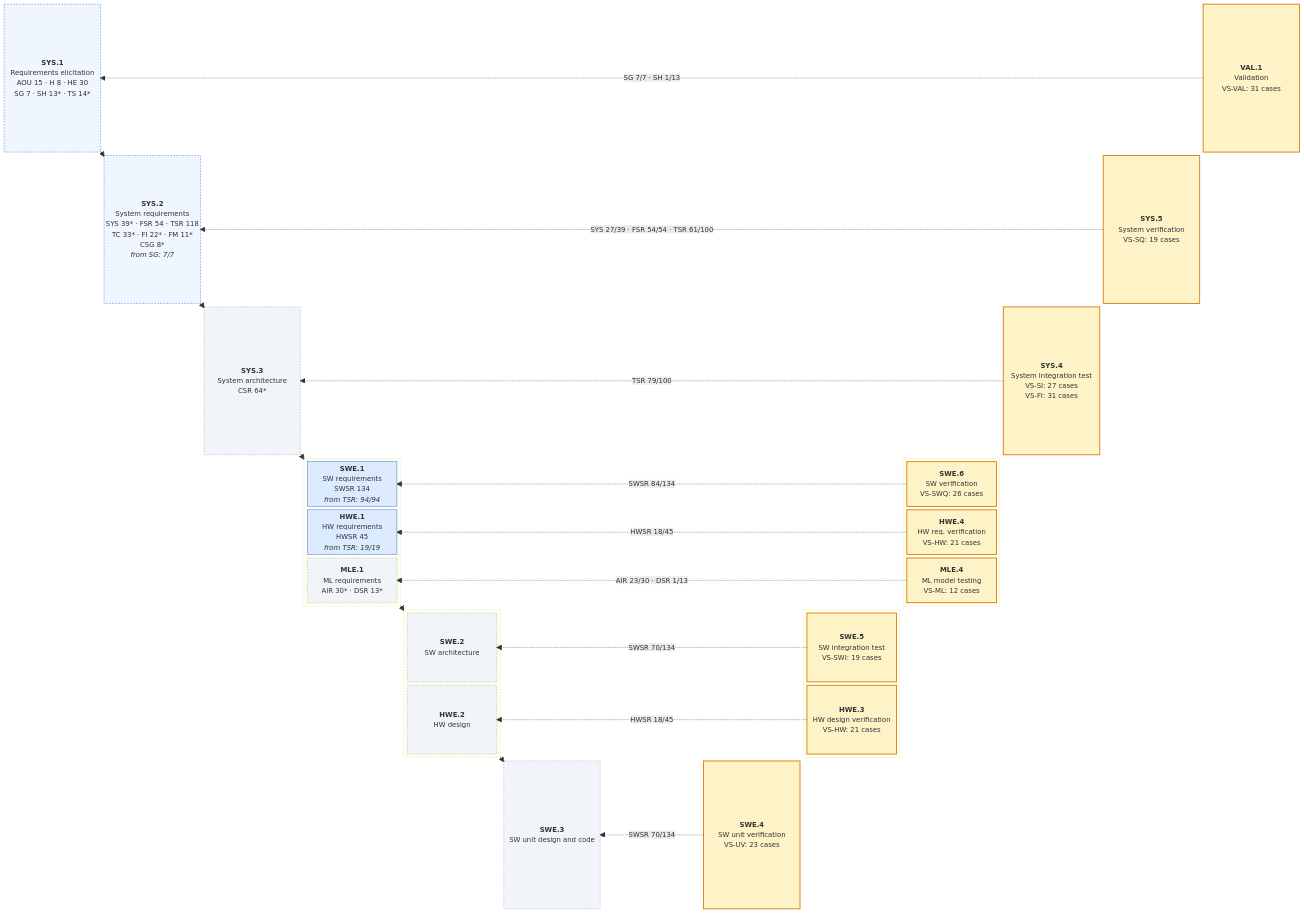
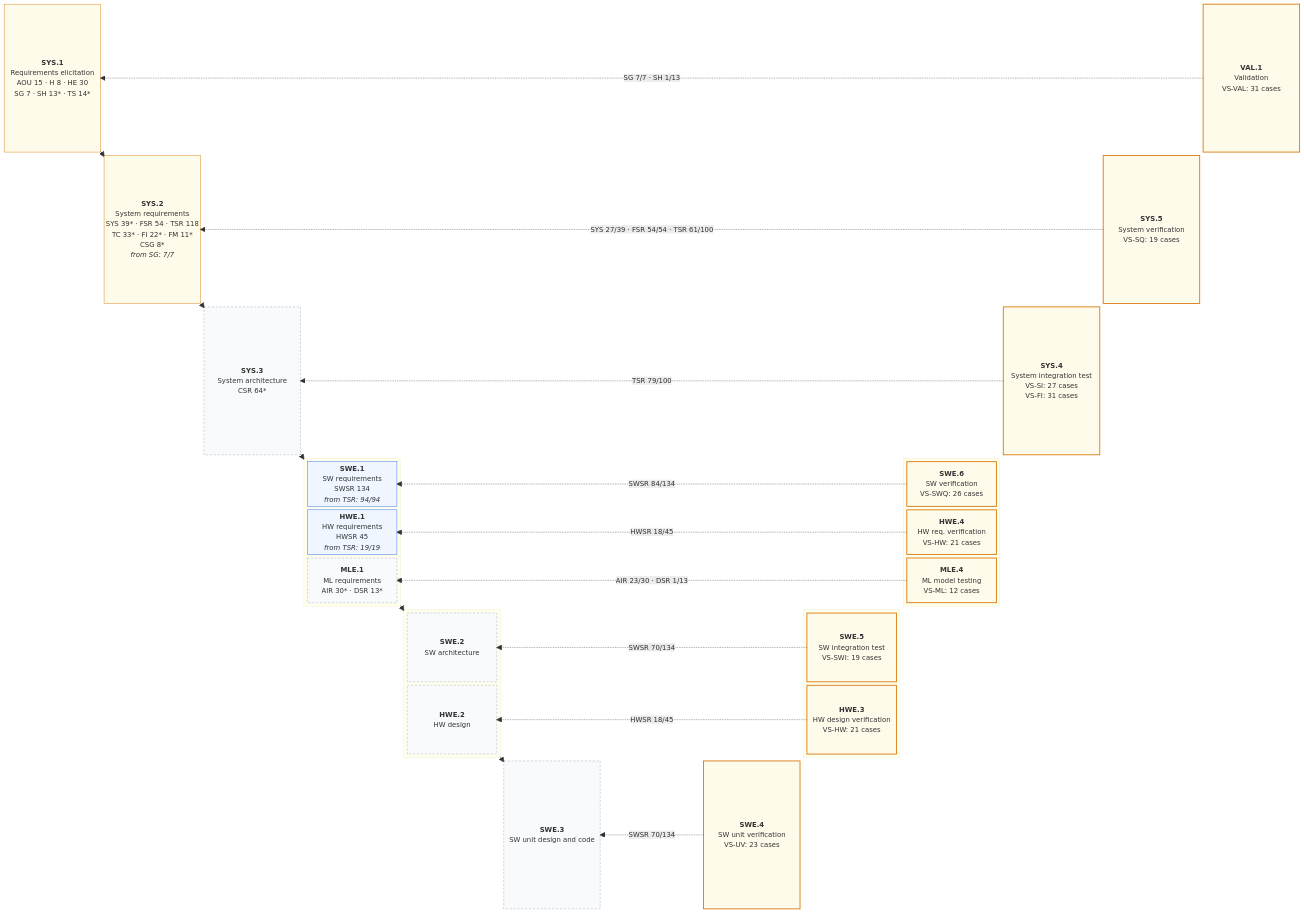
One commit to jherrodthomas/LionDriver changed the first of 2 diagrams in assurance/trace/maps/aspice-trace-map.md. Above: the diagram before and after it, drawn with Mermaid. The commit also changed other lines of this file and 13 other files, not shown here.

````diff
--- a/assurance/trace/maps/aspice-trace-map.md
+++ b/assurance/trace/maps/aspice-trace-map.md
@@ -132,22 +132,22 @@
   SWE5 -. "SWSR 70/134" .-> SWE2
   HWE3 -. "HWSR 18/45" .-> HWE2
   SWE4 -. "SWSR 70/134" .-> SWE3
-  style VAL1 fill:#FEF3C7,stroke:#D97706,stroke-width:2px
-  style SYS5 fill:#FEF3C7,stroke:#D97706,stroke-width:2px
-  style SYS4 fill:#FEF3C7,stroke:#D97706,stroke-width:2px
-  style SWE6 fill:#FEF3C7,stroke:#D97706,stroke-width:2px
-  style HWE4 fill:#FEF3C7,stroke:#D97706,stroke-width:2px
-  style MLE4 fill:#FEF3C7,stroke:#D97706,stroke-width:2px
-  style SWE5 fill:#FEF3C7,stroke:#D97706,stroke-width:2px
-  style HWE3 fill:#FEF3C7,stroke:#D97706,stroke-width:2px
-  style SWE4 fill:#FEF3C7,stroke:#D97706,stroke-width:2px
-  style SYS1 fill:#EFF6FF,stroke:#2563EB,stroke-dasharray:4 3
-  style SYS2 fill:#EFF6FF,stroke:#2563EB,stroke-dasharray:4 3
-  style SYS3 fill:#F1F5F9,stroke:#94A3B8,stroke-dasharray:4 3
-  style SWE1 fill:#DBEAFE,stroke:#2563EB
-  style HWE1 fill:#DBEAFE,stroke:#2563EB
-  style MLE1 fill:#F1F5F9,stroke:#94A3B8,stroke-dasharray:4 3
-  style SWE2 fill:#F1F5F9,stroke:#94A3B8,stroke-dasharray:4 3
-  style HWE2 fill:#F1F5F9,stroke:#94A3B8,stroke-dasharray:4 3
-  style SWE3 fill:#F1F5F9,stroke:#94A3B8,stroke-dasharray:4 3
+  style VAL1 fill:#FFFBEB,stroke:#D97706,stroke-width:2px
+  style SYS5 fill:#FFFBEB,stroke:#D97706,stroke-width:2px
+  style SYS4 fill:#FFFBEB,stroke:#D97706,stroke-width:2px
+  style SWE6 fill:#FFFBEB,stroke:#D97706,stroke-width:2px
+  style HWE4 fill:#FFFBEB,stroke:#D97706,stroke-width:2px
+  style MLE4 fill:#FFFBEB,stroke:#D97706,stroke-width:2px
+  style SWE5 fill:#FFFBEB,stroke:#D97706,stroke-width:2px
+  style HWE3 fill:#FFFBEB,stroke:#D97706,stroke-width:2px
+  style SWE4 fill:#FFFBEB,stroke:#D97706,stroke-width:2px
+  style SYS1 fill:#FFFBEB,stroke:#D97706
+  style SYS2 fill:#FFFBEB,stroke:#D97706
+  style SYS3 fill:#F8FAFC,stroke:#94A3B8,stroke-dasharray:5 4
+  style SWE1 fill:#EFF6FF,stroke:#2563EB
+  style HWE1 fill:#EFF6FF,stroke:#2563EB
+  style MLE1 fill:#F8FAFC,stroke:#94A3B8,stroke-dasharray:5 4
+  style SWE2 fill:#F8FAFC,stroke:#94A3B8,stroke-dasharray:5 4
+  style HWE2 fill:#F8FAFC,stroke:#94A3B8,stroke-dasharray:5 4
+  style SWE3 fill:#F8FAFC,stroke:#94A3B8,stroke-dasharray:5 4
 ```
````
